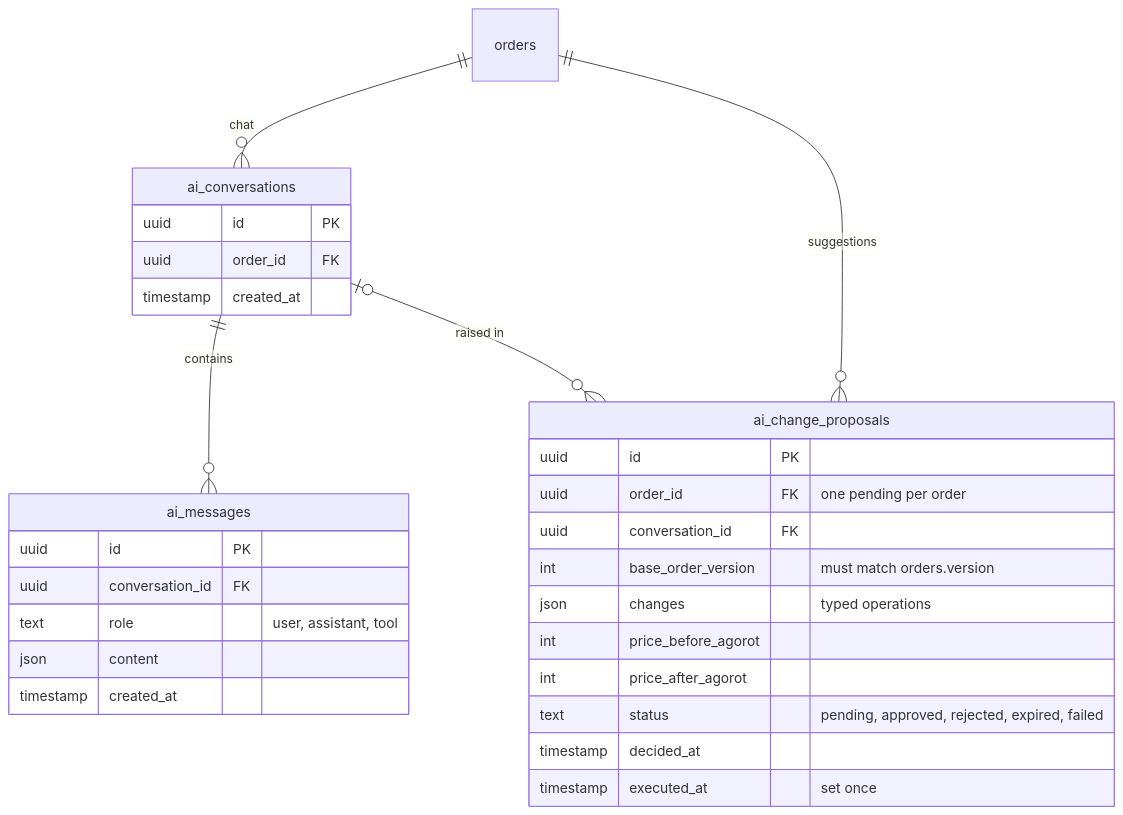
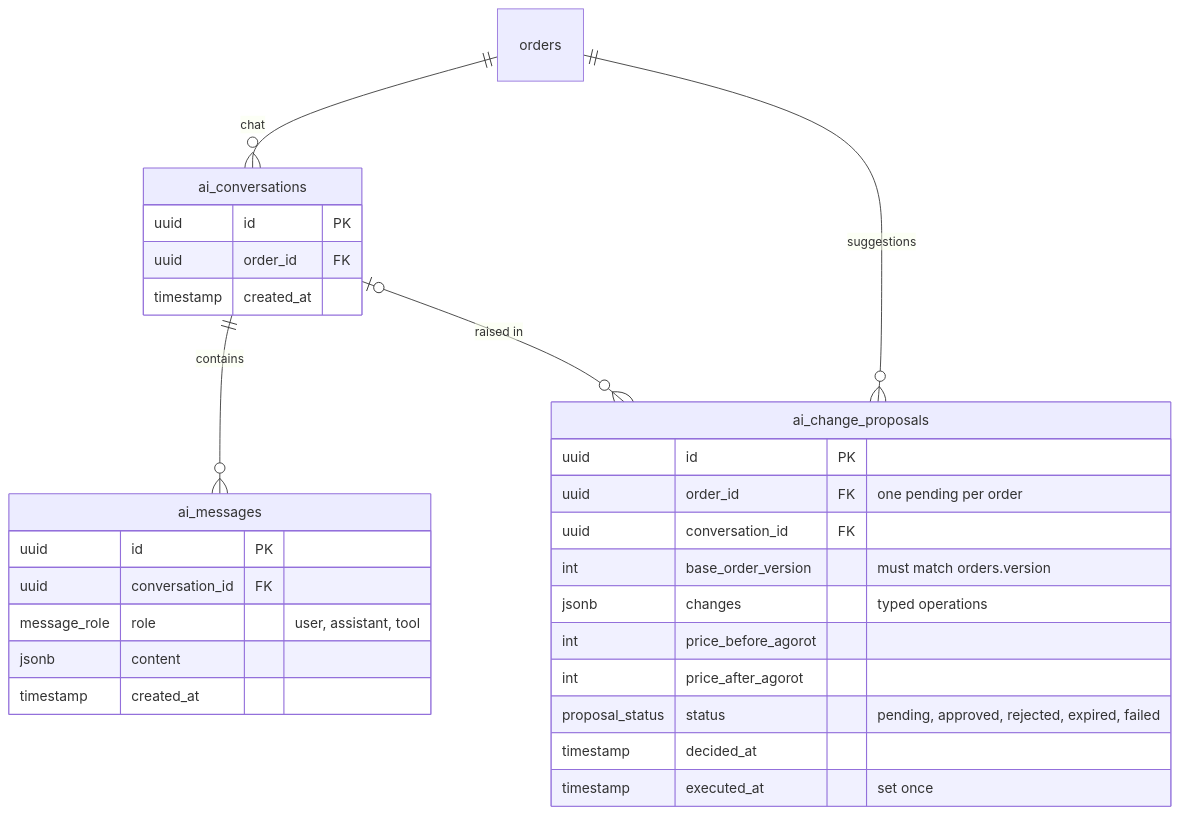
The fourth of 5 diagrams in docs/ERD.md (JonathanZouari/ai-catering-platform), drawn with Mermaid before and after one commit. The commit also changed other lines of this file and 7 other files, not shown here.

````diff
--- a/docs/ERD.md
+++ b/docs/ERD.md
@@ -161,31 +161,31 @@
 ```mermaid
 erDiagram
   orders ||--o{ ai_conversations : "chat"
   ai_conversations ||--o{ ai_messages : "contains"
   orders ||--o{ ai_change_proposals : "suggestions"
   ai_conversations |o--o{ ai_change_proposals : "raised in"
   ai_conversations {
     uuid id PK
     uuid order_id FK
     timestamp created_at
   }
   ai_messages {
     uuid id PK
     uuid conversation_id FK
-    text role "user, assistant, tool"
-    json content
+    message_role role "user, assistant, tool"
+    jsonb content
     timestamp created_at
   }
   ai_change_proposals {
     uuid id PK
     uuid order_id FK "one pending per order"
     uuid conversation_id FK
     int base_order_version "must match orders.version"
-    json changes "typed operations"
+    jsonb changes "typed operations"
     int price_before_agorot
     int price_after_agorot
-    text status "pending, approved, rejected, expired, failed"
+    proposal_status status "pending, approved, rejected, expired, failed"
     timestamp decided_at
     timestamp executed_at "set once"
   }
 ```
````
